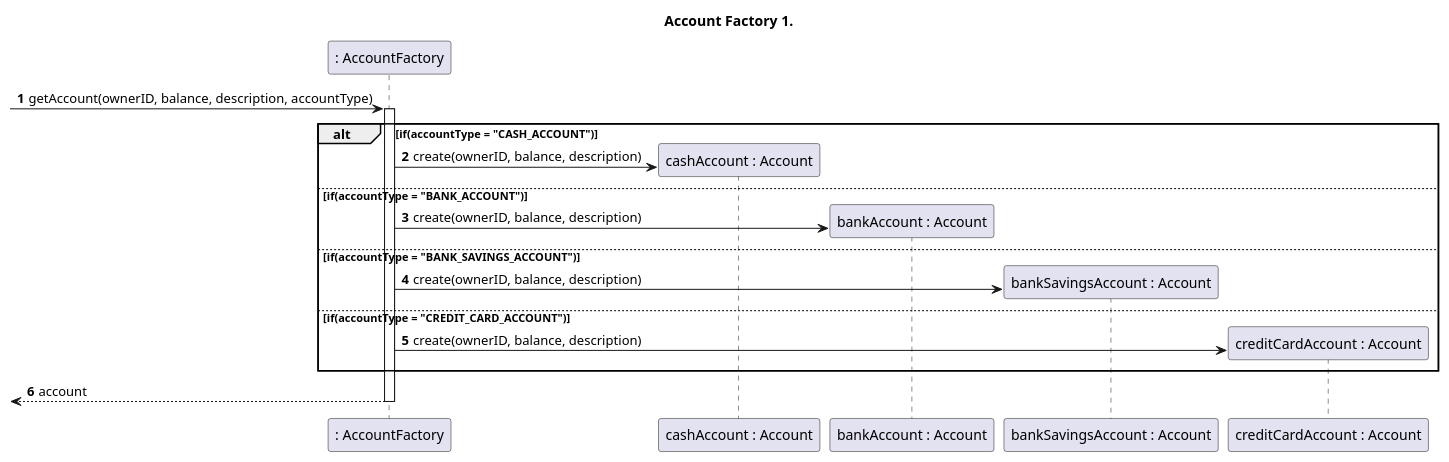
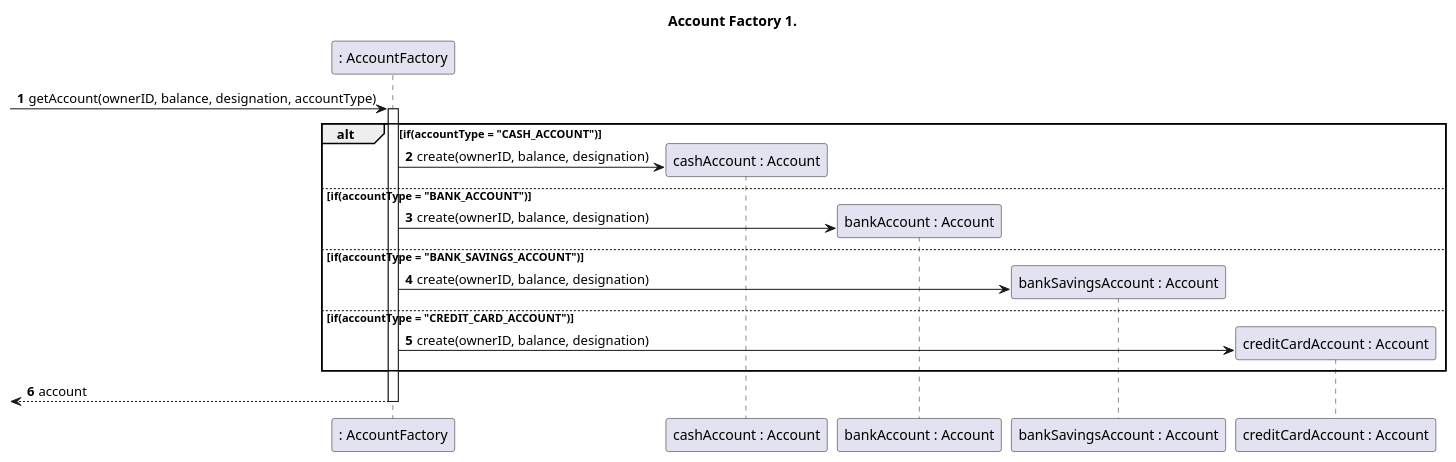
Before and after one commit to tomas-osswald/switch_2020_g3: the third of 5 diagrams in docs/sprint5/user_stories/US170,171,172,173.md, drawn with PlantUML. The commit also changed other lines of this file and 1 other file, not shown here.

Commit message:
update to documentation of account creation user stories

````diff
--- a/docs/sprint5/user_stories/US170,171,172,173.md
+++ b/docs/sprint5/user_stories/US170,171,172,173.md
@@ -270,32 +260,32 @@
 ```puml
 autonumber
 title Account Factory 1.
 
 participant ": AccountFactory" as factory
 participant "cashAccount : Account" as cashAccount
 participant "bankAccount : Account" as bankAccount
 participant "bankSavingsAccount : Account" as bankSavingsAccount
 participant "creditCardAccount : Account" as creditCardAccount
 
--> factory : getAccount(ownerID, balance, description, accountType)
+-> factory : getAccount(ownerID, balance, designation, accountType)
 activate factory
 
 alt if(accountType = "CASH_ACCOUNT")
-factory -> cashAccount ** : create(ownerID, balance, description)
+factory -> cashAccount ** : create(ownerID, balance, designation)
 
 else if(accountType = "BANK_ACCOUNT")
-factory -> bankAccount ** : create(ownerID, balance, description)
+factory -> bankAccount ** : create(ownerID, balance, designation)
 
 else if(accountType = "BANK_SAVINGS_ACCOUNT")
-factory -> bankSavingsAccount ** : create(ownerID, balance, description)
+factory -> bankSavingsAccount ** : create(ownerID, balance, designation)
 
 else if(accountType = "CREDIT_CARD_ACCOUNT")
-factory -> creditCardAccount ** : create(ownerID, balance, description)
+factory -> creditCardAccount ** : create(ownerID, balance, designation)
 
 end
 
 return account
 
 
 
 ```
````
